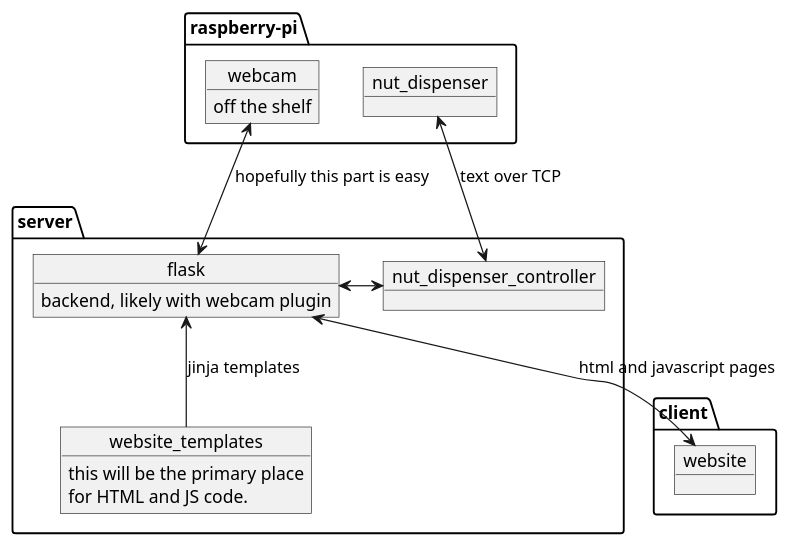
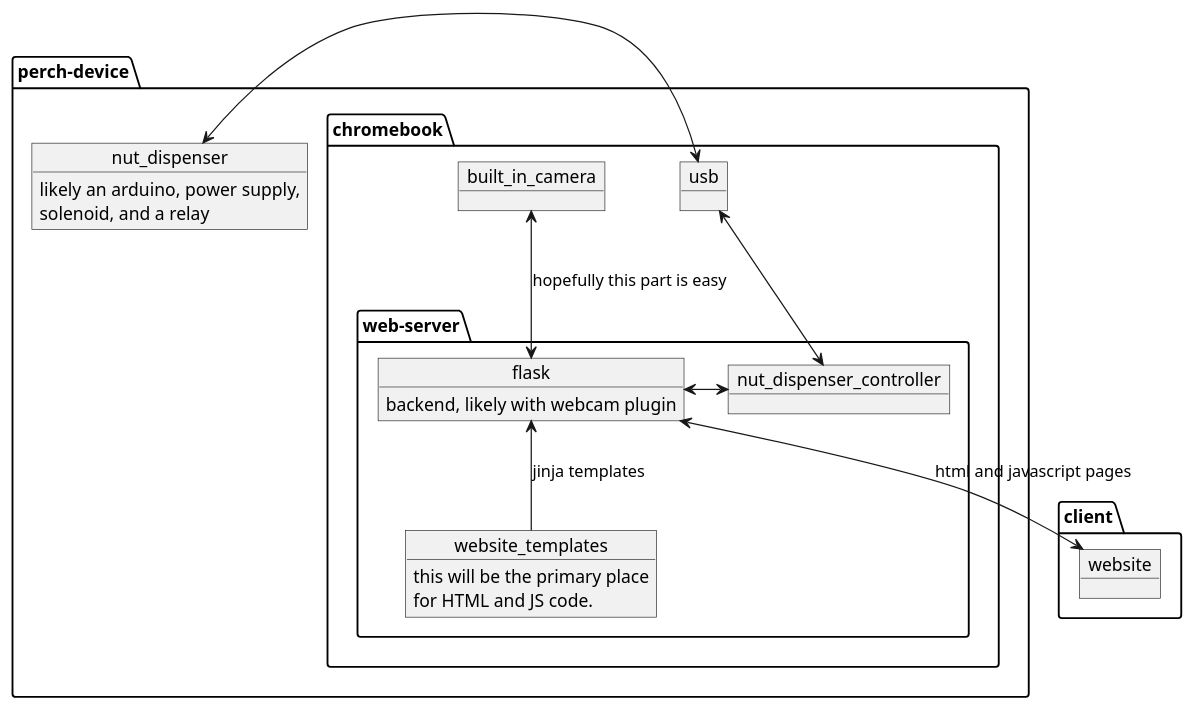
Before and after one commit to sjkklein/roger-nut-cam: the diagram in high-level-diagram.puml, drawn with PlantUML. The commit also changed 1 other file, not shown here.

Commit message:
update design diagram for chrombook server

```diff
--- a/high-level-diagram.puml
+++ b/high-level-diagram.puml
@@ -1,30 +1,36 @@
 @startuml
 
-package raspberry-pi {
-  object webcam {
-  	off the shelf
+package perch-device {
+  package chromebook {
+  	object built_in_camera
+  	object usb
+  	package web-server {
+		  object website_templates {
+				this will be the primary place
+				for HTML and JS code. 
+			}
+			object flask {
+				backend, likely with webcam plugin
+			}
+			object nut_dispenser_controller
+			nut_dispenser_controller <-up-> usb
+			flask <-up-> built_in_camera: hopefully this part is easy
+			website_templates -up-> flask :jinja templates
+			nut_dispenser_controller <-> flask
+  	}
+
   }
-  object nut_dispenser
+  object nut_dispenser {
+  	likely an arduino, power supply,
+  	solenoid, and a relay
+  }
+  usb <-> nut_dispenser
 }
 
-package server {
-	object website_templates {
-		this will be the primary place
-		for HTML and JS code. 
-	}
-	object flask {
-		backend, likely with webcam plugin
-	}
-	object nut_dispenser_controller
-	nut_dispenser_controller <-up-> nut_dispenser: text over TCP
-	flask <-up-> webcam: hopefully this part is easy
-	website_templates -up-> flask :jinja templates
-	nut_dispenser_controller <-> flask
-}
 
 package client {
 	object website
 	flask <-down-> website: html and javascript pages
 }
 
 @enduml
```
